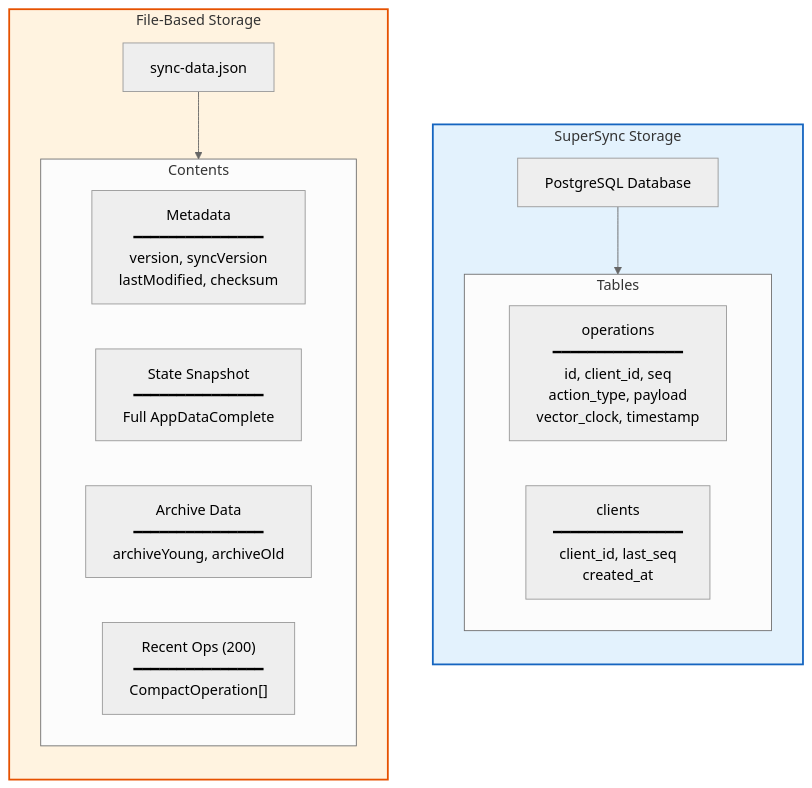
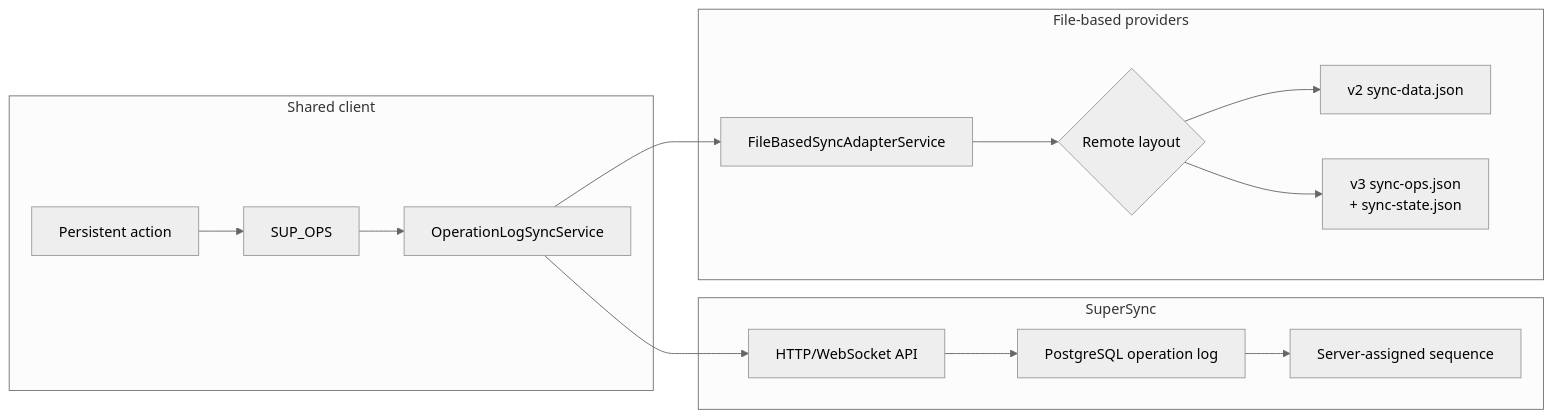
Before and after one commit to super-productivity/super-productivity: the first of 3 diagrams in docs/sync-and-op-log/diagrams/07-supersync-vs-file-based.md, drawn with Mermaid (neutral theme). The commit also changed other lines of this file and 9 other files, not shown here.

````diff
--- a/docs/sync-and-op-log/diagrams/07-supersync-vs-file-based.md
+++ b/docs/sync-and-op-log/diagrams/07-supersync-vs-file-based.md
@@ -205,31 +13,21 @@
 ```mermaid
-flowchart TB
-    subgraph SuperSync["SuperSync Storage"]
-        direction TB
-        PG["PostgreSQL Database"]
-
-        subgraph Tables["Tables"]
-            OpsTable["operations<br/>━━━━━━━━━━━━━━━<br/>id, client_id, seq<br/>action_type, payload<br/>vector_clock, timestamp"]
-            ClientsTable["clients<br/>━━━━━━━━━━━━━━━<br/>client_id, last_seq<br/>created_at"]
-        end
-
-        PG --> Tables
+flowchart LR
+    subgraph Client["Shared client"]
+        ACTION["Persistent action"] --> OPLOG["SUP_OPS"]
+        OPLOG --> ORCH["OperationLogSyncService"]
     end
 
-    subgraph FileBased["File-Based Storage"]
-        direction TB
-        SyncFile["sync-data.json"]
-
-        subgraph Contents["Contents"]
-            Meta["Metadata<br/>━━━━━━━━━━━━━━━<br/>version, syncVersion<br/>lastModified, checksum"]
-            State["State Snapshot<br/>━━━━━━━━━━━━━━━<br/>Full AppDataComplete"]
-            Archive["Archive Data<br/>━━━━━━━━━━━━━━━<br/>archiveYoung, archiveOld"]
-            RecentOps["Recent Ops (200)<br/>━━━━━━━━━━━━━━━<br/>CompactOperation[]"]
-        end
-
-        SyncFile --> Contents
+    subgraph SuperSync["SuperSync"]
+        API["HTTP/WebSocket API"] --> DB["PostgreSQL operation log"]
+        DB --> SEQ["Server-assigned sequence"]
     end
 
-    style SuperSync fill:#e3f2fd,stroke:#1565c0,stroke-width:2px
-    style FileBased fill:#fff3e0,stroke:#e65100,stroke-width:2px
+    subgraph FileBased["File-based providers"]
+        ADAPTER["FileBasedSyncAdapterService"] --> MODE{"Remote layout"}
+        MODE --> V2["v2 sync-data.json"]
+        MODE --> V3["v3 sync-ops.json<br/>+ sync-state.json"]
+    end
+
+    ORCH --> API
+    ORCH --> ADAPTER
 ```
````
